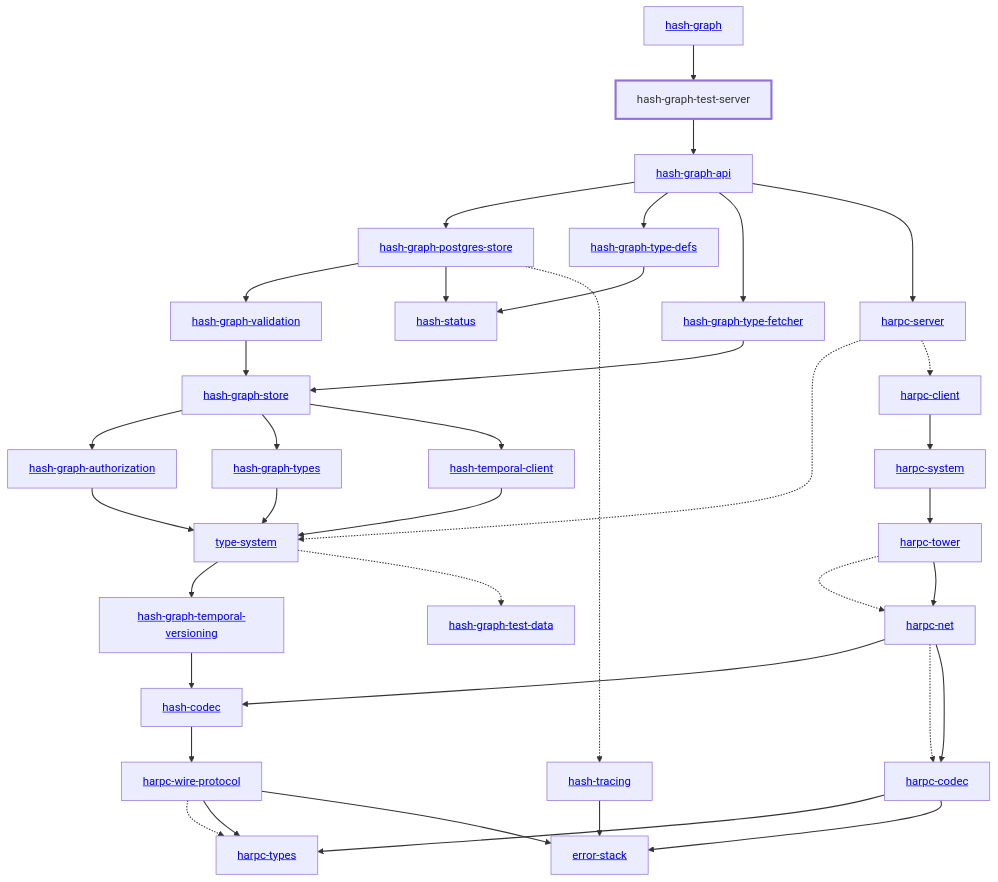
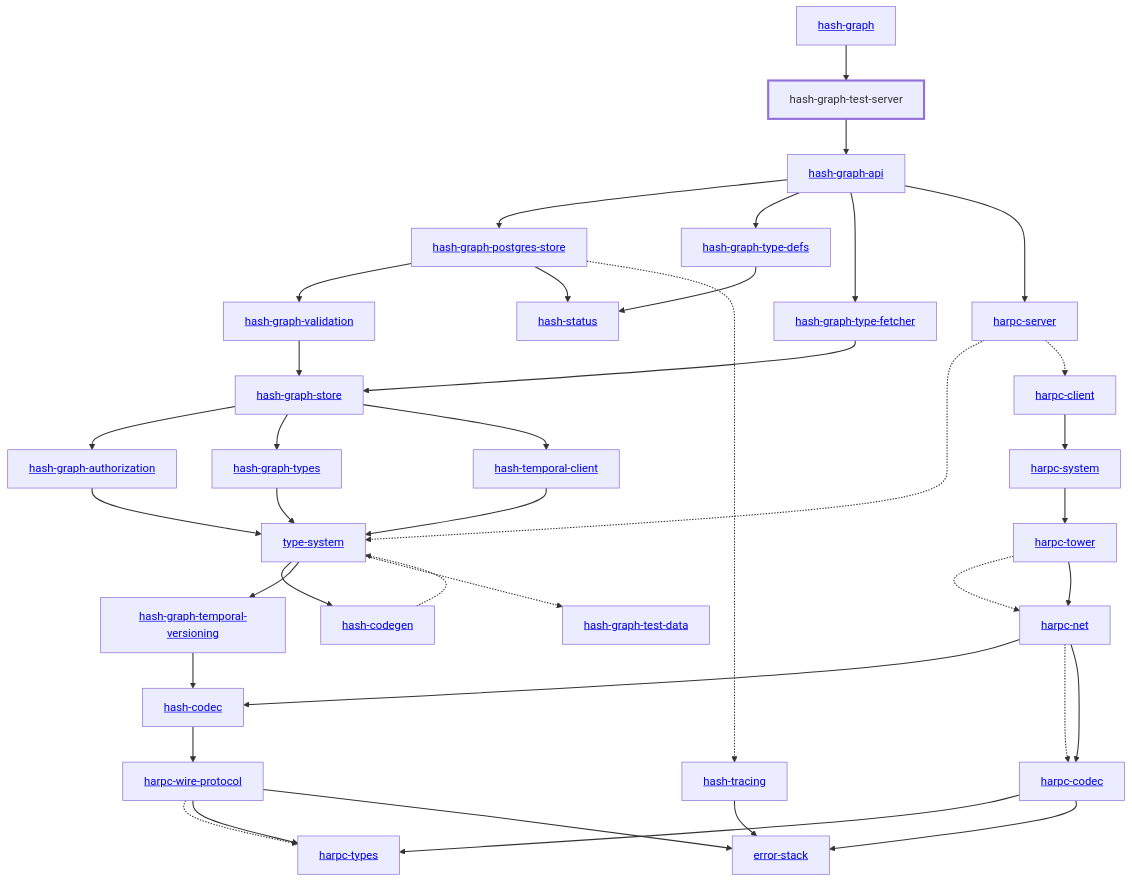
The diagram in libs/@local/graph/test-server/docs/dependency-diagram.mmd (hashintel/hash), drawn with Mermaid before and after one commit. The commit also changed 30 other files, not shown here.

Commit message:
Export from type-system to `types.d.ts`

```diff
--- a/libs/@local/graph/test-server/docs/dependency-diagram.mmd
+++ b/libs/@local/graph/test-server/docs/dependency-diagram.mmd
@@ -1,74 +1,77 @@
 graph TD
     linkStyle default stroke-width:1.5px
     classDef default stroke-width:1px
     classDef root stroke-width:3px
     classDef dev stroke-width:1px
     classDef build stroke-width:1px
     %% Legend
     %% --> : Normal dependency
     %% -.-> : Dev dependency
     %% ---> : Build dependency
     0[<a href="../hash_graph">hash-graph</a>]
     1[<a href="../type_system">type-system</a>]
     2[<a href="../hash_codec">hash-codec</a>]
-    3[<a href="../hash_graph_api">hash-graph-api</a>]
-    4[<a href="../hash_graph_authorization">hash-graph-authorization</a>]
-    5[<a href="../hash_graph_postgres_store">hash-graph-postgres-store</a>]
-    6[<a href="../hash_graph_store">hash-graph-store</a>]
-    7[<a href="../hash_graph_temporal_versioning">hash-graph-temporal-versioning</a>]
-    8[hash-graph-test-server]
-    class 8 root
-    9[<a href="../hash_graph_type_defs">hash-graph-type-defs</a>]
-    10[<a href="../hash_graph_type_fetcher">hash-graph-type-fetcher</a>]
-    11[<a href="../hash_graph_types">hash-graph-types</a>]
-    12[<a href="../hash_graph_validation">hash-graph-validation</a>]
-    13[<a href="../harpc_client">harpc-client</a>]
-    14[<a href="../harpc_codec">harpc-codec</a>]
-    15[<a href="../harpc_net">harpc-net</a>]
-    16[<a href="../harpc_server">harpc-server</a>]
-    17[<a href="../harpc_system">harpc-system</a>]
-    18[<a href="../harpc_tower">harpc-tower</a>]
-    19[<a href="../harpc_types">harpc-types</a>]
-    20[<a href="../harpc_wire_protocol">harpc-wire-protocol</a>]
-    21[<a href="../hash_status">hash-status</a>]
-    22[<a href="../hash_temporal_client">hash-temporal-client</a>]
-    23[<a href="../hash_tracing">hash-tracing</a>]
-    24[<a href="../error_stack">error-stack</a>]
-    25[<a href="../hash_graph_test_data">hash-graph-test-data</a>]
-    0 --> 8
-    1 --> 7
-    1 -.-> 25
-    2 --> 20
-    3 --> 5
-    3 --> 9
-    3 --> 10
-    3 --> 16
-    4 --> 1
-    5 --> 12
-    5 --> 21
-    5 -.-> 23
-    6 --> 4
-    6 --> 11
+    3[<a href="../hash_codegen">hash-codegen</a>]
+    4[<a href="../hash_graph_api">hash-graph-api</a>]
+    5[<a href="../hash_graph_authorization">hash-graph-authorization</a>]
+    6[<a href="../hash_graph_postgres_store">hash-graph-postgres-store</a>]
+    7[<a href="../hash_graph_store">hash-graph-store</a>]
+    8[<a href="../hash_graph_temporal_versioning">hash-graph-temporal-versioning</a>]
+    9[hash-graph-test-server]
+    class 9 root
+    10[<a href="../hash_graph_type_defs">hash-graph-type-defs</a>]
+    11[<a href="../hash_graph_type_fetcher">hash-graph-type-fetcher</a>]
+    12[<a href="../hash_graph_types">hash-graph-types</a>]
+    13[<a href="../hash_graph_validation">hash-graph-validation</a>]
+    14[<a href="../harpc_client">harpc-client</a>]
+    15[<a href="../harpc_codec">harpc-codec</a>]
+    16[<a href="../harpc_net">harpc-net</a>]
+    17[<a href="../harpc_server">harpc-server</a>]
+    18[<a href="../harpc_system">harpc-system</a>]
+    19[<a href="../harpc_tower">harpc-tower</a>]
+    20[<a href="../harpc_types">harpc-types</a>]
+    21[<a href="../harpc_wire_protocol">harpc-wire-protocol</a>]
+    22[<a href="../hash_status">hash-status</a>]
+    23[<a href="../hash_temporal_client">hash-temporal-client</a>]
+    24[<a href="../hash_tracing">hash-tracing</a>]
+    25[<a href="../error_stack">error-stack</a>]
+    26[<a href="../hash_graph_test_data">hash-graph-test-data</a>]
+    0 --> 9
+    1 --> 3
+    1 --> 8
+    1 -.-> 26
+    2 --> 21
+    3 -.-> 1
+    4 --> 6
+    4 --> 10
+    4 --> 11
+    4 --> 17
+    5 --> 1
+    6 --> 13
     6 --> 22
-    7 --> 2
-    8 --> 3
-    9 --> 21
-    10 --> 6
-    11 --> 1
-    12 --> 6
-    13 --> 17
-    14 --> 19
-    14 --> 24
-    15 --> 2
-    15 -.-> 14
-    15 --> 14
-    16 -.-> 1
-    16 -.-> 13
-    17 --> 18
-    18 -.-> 15
-    18 --> 15
-    20 -.-> 19
-    20 --> 19
-    20 --> 24
-    22 --> 1
-    23 --> 24
+    6 -.-> 24
+    7 --> 5
+    7 --> 12
+    7 --> 23
+    8 --> 2
+    9 --> 4
+    10 --> 22
+    11 --> 7
+    12 --> 1
+    13 --> 7
+    14 --> 18
+    15 --> 20
+    15 --> 25
+    16 --> 2
+    16 -.-> 15
+    16 --> 15
+    17 -.-> 1
+    17 -.-> 14
+    18 --> 19
+    19 -.-> 16
+    19 --> 16
+    21 -.-> 20
+    21 --> 20
+    21 --> 25
+    23 --> 1
+    24 --> 25
```
